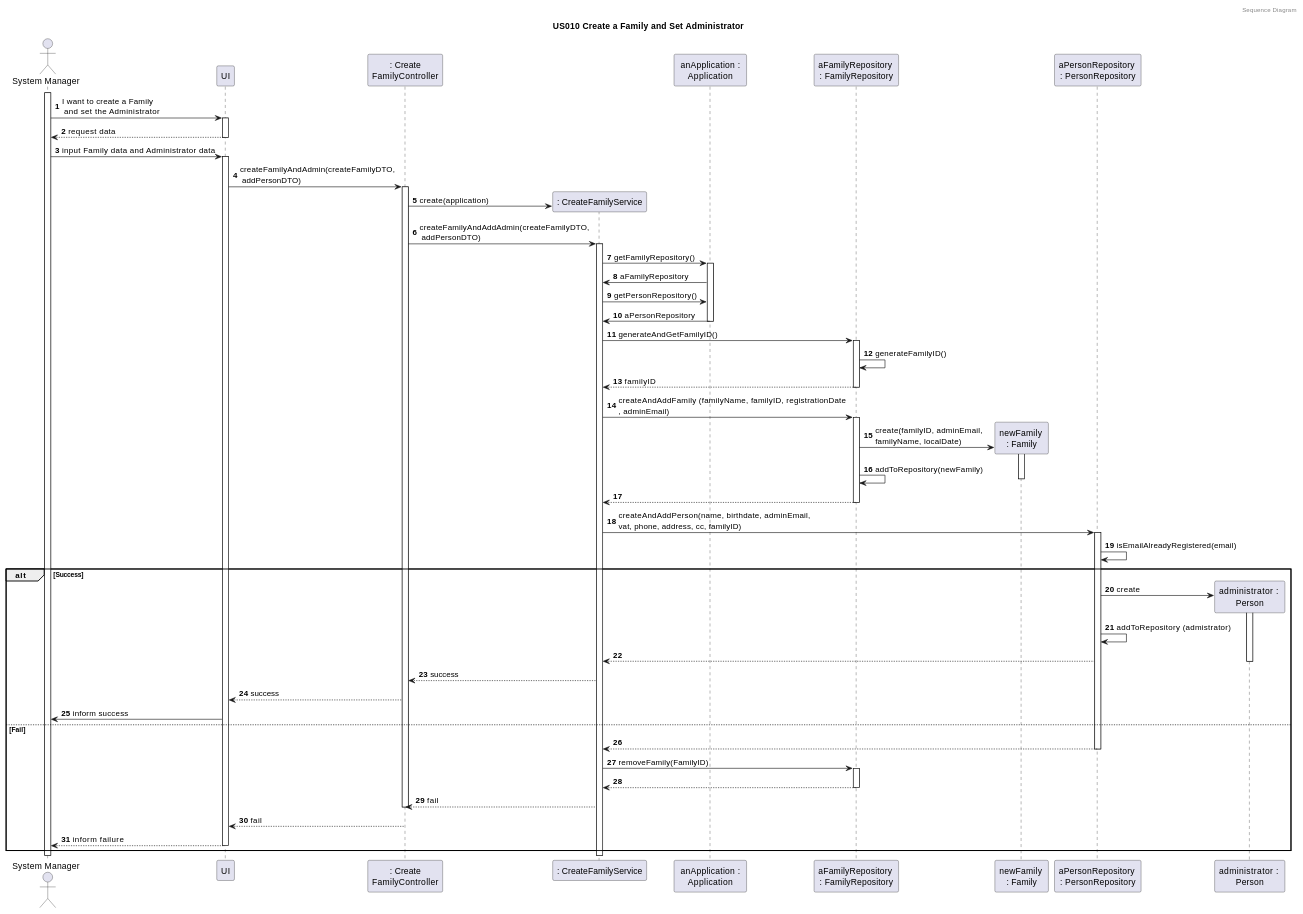
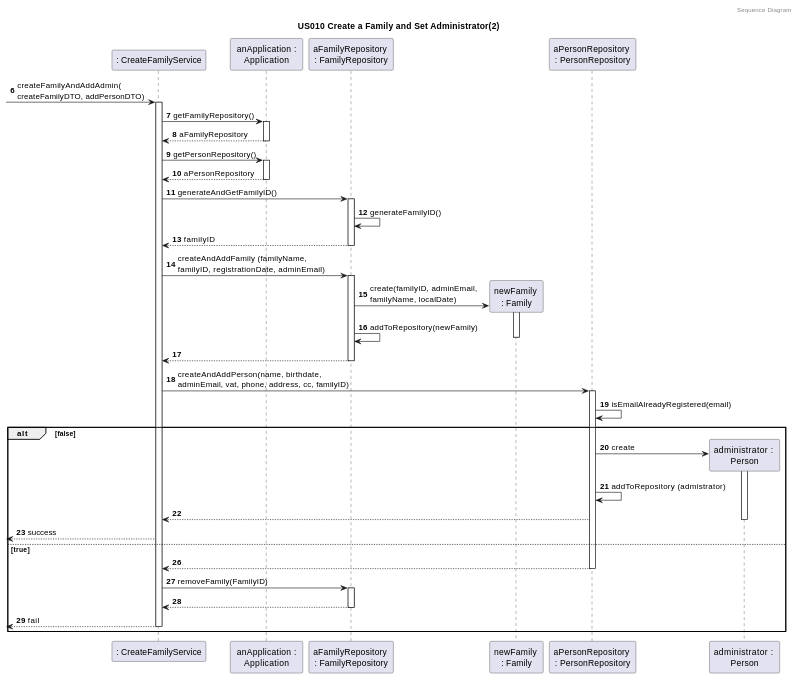
The fourth of 5 diagrams in docs/sprint3/user_stories/US010_CreateAFamilyAndSetAdministrator.md (tomas-osswald/switch_2020_g3), drawn with PlantUML before and after one commit. The commit also changed other lines of this file, not shown here.

Commit message:
Split Sequence Diagram in two, minor fixes to diagram representation

`````diff
--- a/docs/sprint3/user_stories/US010_CreateAFamilyAndSetAdministrator.md
+++ b/docs/sprint3/user_stories/US010_CreateAFamilyAndSetAdministrator.md
@@ -121,43 +174,34 @@
 ````puml
 @startuml
-skinparam backgroundcolor white
-autonumber
+
+autonumber 6
 header Sequence Diagram
-title US010 Create a Family and Set Administrator
-actor "System Manager" as systemManager
-participant "UI" as UI
-participant ": Create\nFamilyController" as controller
+title US010 Create a Family and Set Administrator(2)
+
 participant ": CreateFamilyService" as FamAdminService
 participant " anApplication : \nApplication" as app
 participant "aFamilyRepository \n: FamilyRepository" as frepository
 participant "newFamily \n: Family" as family
 participant "aPersonRepository \n: PersonRepository" as prepository
 participant "administrator : \nPerson" as admin
-activate systemManager
-systemManager -> UI: I want to create a Family \n and set the Administrator
-activate UI
-return request data
-systemManager -> UI : input Family data and Administrator data 
-activate UI
-UI -> controller : createFamilyAndAdmin(createFamilyDTO,\n addPersonDTO)
-activate controller
-controller -> FamAdminService** : create(application)
-controller -> FamAdminService : createFamilyAndAddAdmin(createFamilyDTO,\n addPersonDTO)
+
+-> FamAdminService : createFamilyAndAddAdmin(\ncreateFamilyDTO, addPersonDTO)
 activate FamAdminService
 
 FamAdminService -> app : getFamilyRepository()
 activate app
-app -> FamAdminService : aFamilyRepository
+return aFamilyRepository
 FamAdminService -> app : getPersonRepository()
-app -> FamAdminService : aPersonRepository
-deactivate app
+activate app
+return aPersonRepository
+
 
 FamAdminService -> frepository: generateAndGetFamilyID()
 activate frepository
 frepository -> frepository : generateFamilyID()
 return familyID
 
-FamAdminService -> frepository: createAndAddFamily (familyName, familyID, registrationDate\n, adminEmail)
+FamAdminService -> frepository: createAndAddFamily (familyName, \nfamilyID, registrationDate, adminEmail)
 activate frepository
 
 frepository -> family** : create(familyID, adminEmail, \nfamilyName, localDate)
@@ -170,14 +214,14 @@
 return
 
 
-FamAdminService -> prepository : createAndAddPerson(name, birthdate, adminEmail, \nvat, phone, address, cc, familyID)
+FamAdminService -> prepository : createAndAddPerson(name, birthdate, \nadminEmail, vat, phone, address, cc, familyID)
 deactivate frepository
 
 
 activate prepository
 prepository -> prepository : isEmailAlreadyRegistered(email)
 
-alt Success
+alt #transparent false
 prepository -> admin** : create
 activate admin
 
@@ -185,34 +229,19 @@
 prepository -> prepository : addToRepository (admistrator)
 prepository --> FamAdminService
 deactivate admin
-FamAdminService --> controller : success
-controller --> UI : success
-UI -> systemManager : inform success
-else Fail
+<-- FamAdminService : success
 
+else true
+autonumber 26
 
 prepository --> FamAdminService
 deactivate prepository
 FamAdminService -> frepository : removeFamily(FamilyID)
-
 activate frepository
 return
-FamAdminService --> controller : fail
-deactivate 
-
-controller --> UI : fail
-deactivate controller
-UI --> systemManager : inform failure
-deactivate UI
-
-
-
-deactivate prepository
-
-
+<-- FamAdminService : fail
+deactivate FamAdminService
 end
-
-
 
 @enduml
 ````
`````
